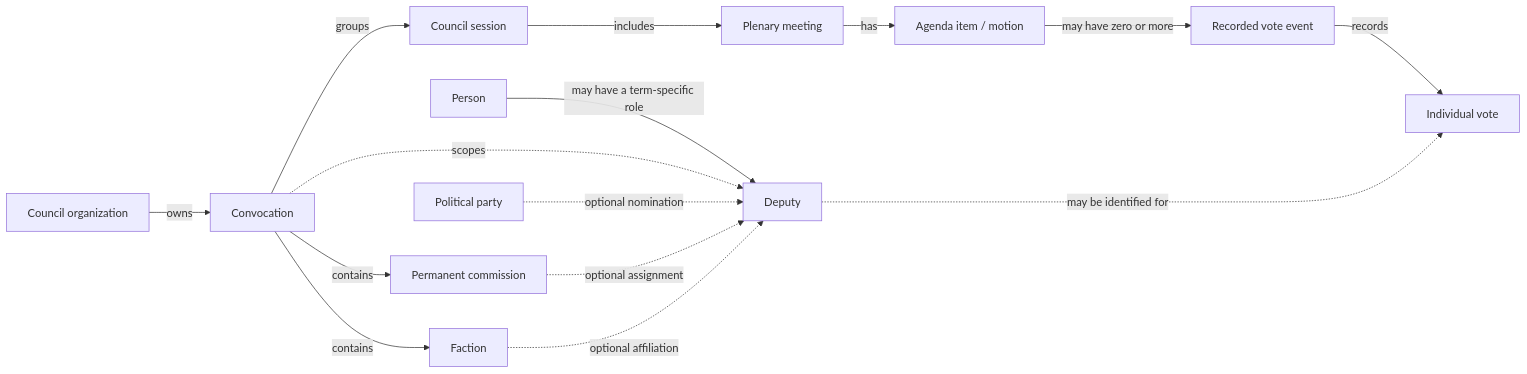
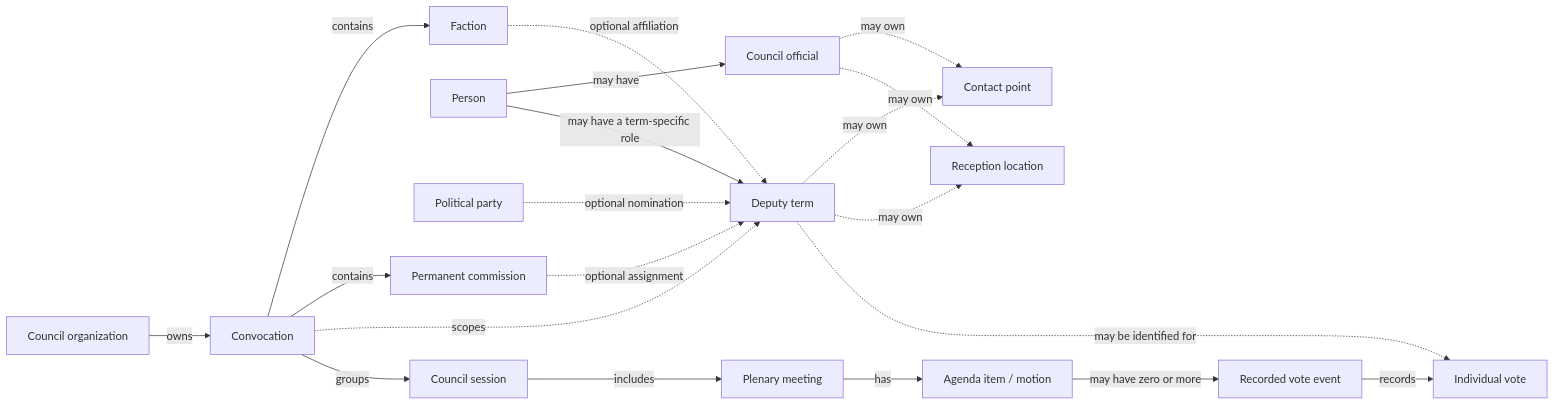
One commit to andriymiz/rada changed the first of 2 diagrams in docs/architecture/meetings.md. Above: the diagram before and after it, drawn with Mermaid. The commit also changed other lines of this file and 40 other files, not shown here.

````diff
--- a/docs/architecture/meetings.md
+++ b/docs/architecture/meetings.md
@@ -11,30 +11,38 @@
 ```mermaid
 flowchart LR
     Organization[Council organization]
     Convocation[Convocation]
     Session[Council session]
     Meeting[Plenary meeting]
     Person[Person]
-    Deputy[Deputy]
+    Deputy[Deputy term]
+    Official[Council official]
     Party[Political party]
     Commission[Permanent commission]
     Faction[Faction]
     Motion[Agenda item / motion]
     VoteEvent[Recorded vote event]
     Vote[Individual vote]
+    Reception[Reception location]
+    ContactPoint[Contact point]
 
     Organization -->|owns| Convocation
     Convocation -->|groups| Session
     Session -->|includes| Meeting
     Person -->|may have a term-specific role| Deputy
+    Person -->|may have| Official
     Convocation -. scopes .-> Deputy
     Party -. optional nomination .-> Deputy
     Commission -. optional assignment .-> Deputy
     Faction -. optional affiliation .-> Deputy
     Convocation -->|contains| Commission
     Convocation -->|contains| Faction
     Meeting -->|has| Motion
     Motion -->|may have zero or more| VoteEvent
     VoteEvent -->|records| Vote
     Deputy -. may be identified for .-> Vote
+    Deputy -. may own .-> Reception
+    Official -. may own .-> Reception
+    Deputy -. may own .-> ContactPoint
+    Official -. may own .-> ContactPoint
 ```
````
